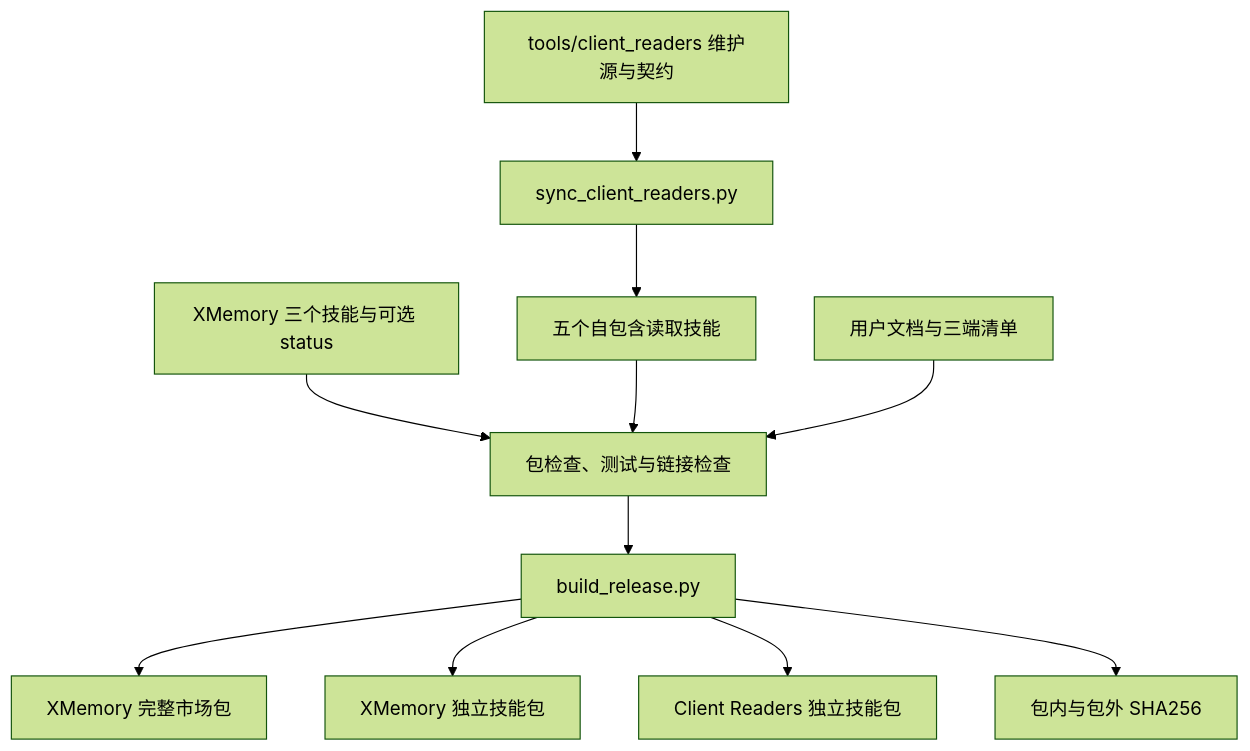
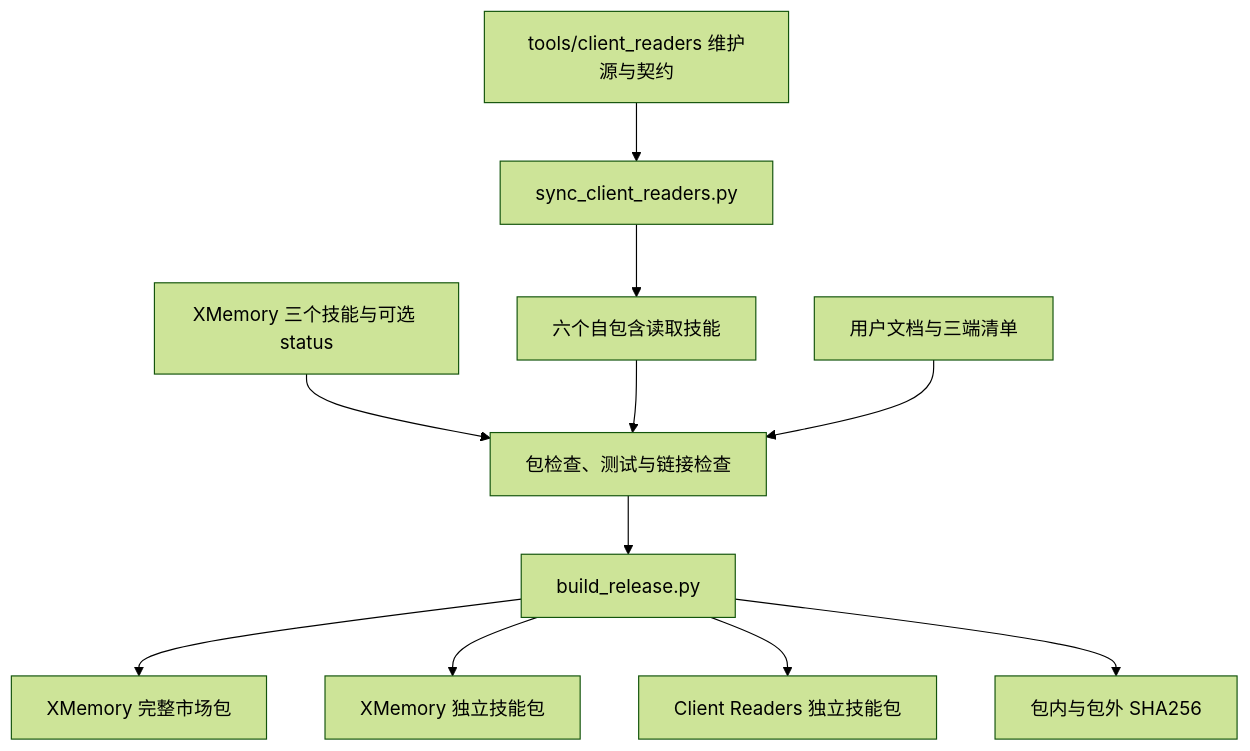
Before and after one commit to BlueSkyXN/XMemory: the diagram in docs/development.md, drawn with Mermaid (forest theme). The commit also changed other lines of this file and 75 other files, not shown here.

````diff
--- a/docs/development.md
+++ b/docs/development.md
@@ -22,13 +22,13 @@
 ```mermaid
 flowchart TD
     R["tools/client_readers 维护源与契约"] --> S["sync_client_readers.py"]
-    S --> C["五个自包含读取技能"]
+    S --> C["六个自包含读取技能"]
     X["XMemory 三个技能与可选 status"] --> V["包检查、测试与链接检查"]
     C --> V
     D["用户文档与三端清单"] --> V
     V --> B["build_release.py"]
     B --> F["XMemory 完整市场包"]
     B --> P["XMemory 独立技能包"]
     B --> Q["Client Readers 独立技能包"]
     B --> H["包内与包外 SHA256"]
 ```
````
